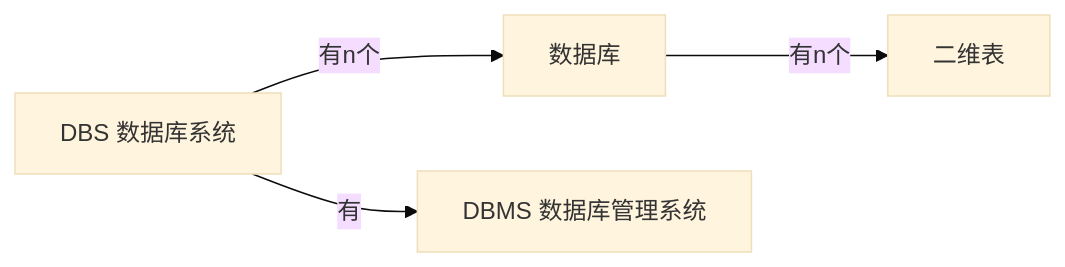
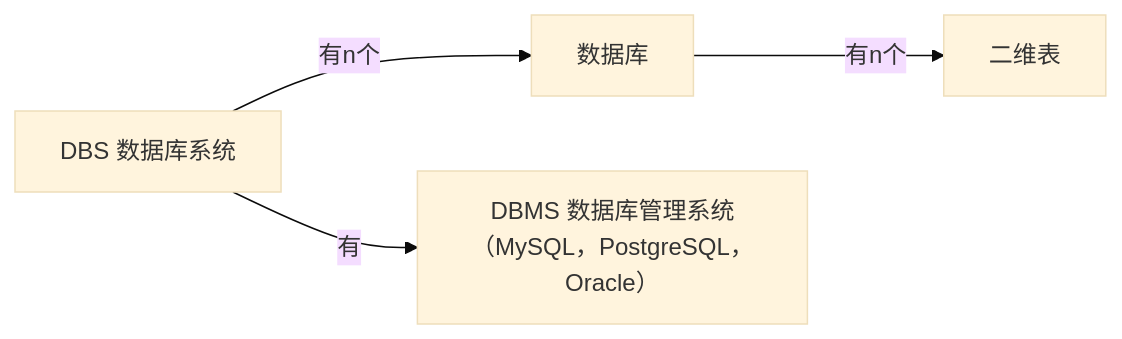
Before and after one commit to poppop9/obsidian: the diagram in 计算机/数据库/MySQL/1-2 概念.md, drawn with Mermaid (base theme). The commit also changed other lines of this file and 5 other files, not shown here.

````diff
--- a/计算机/数据库/MySQL/1-2 概念.md
+++ b/计算机/数据库/MySQL/1-2 概念.md
@@ -6,5 +6,5 @@
 ```mermaid
 graph LR
 	a[DBS 数据库系统]--有n个-->b[数据库]--有n个-->c[二维表]
-	a--有-->d[DBMS 数据库管理系统]
+	a--有-->d[DBMS 数据库管理系统（MySQL，PostgreSQL，Oracle）]
 ```
````
